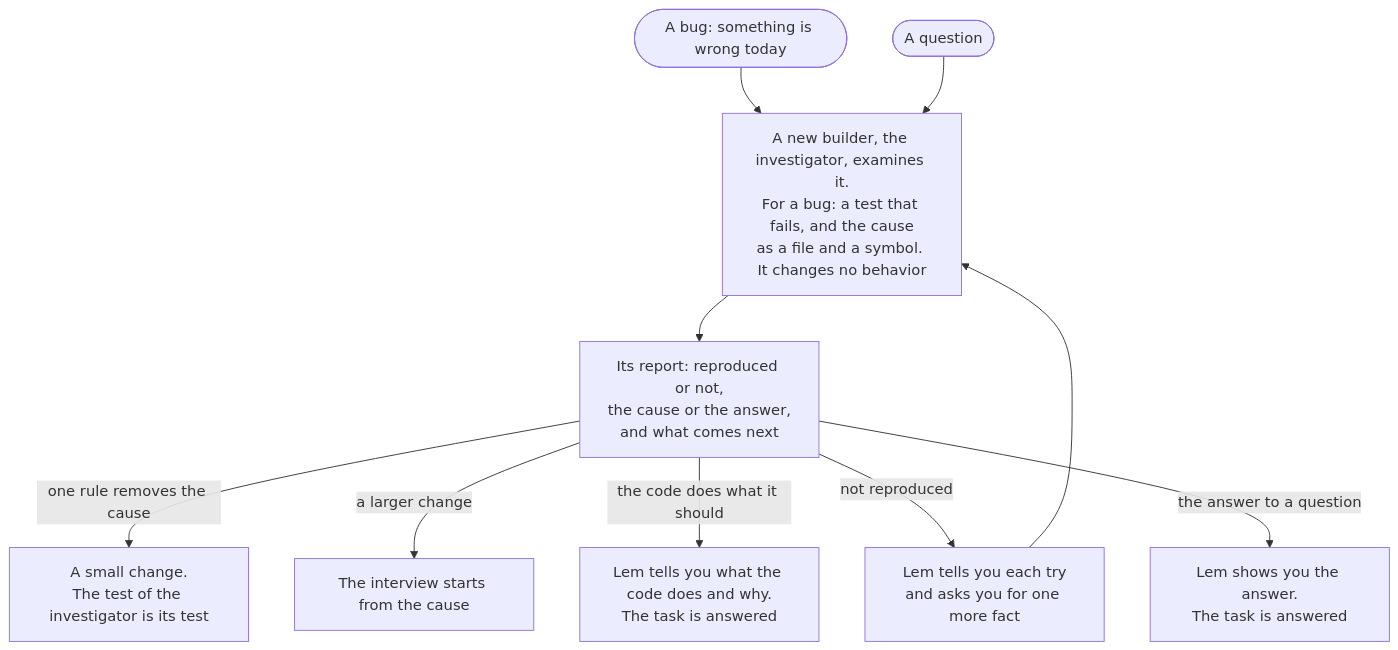
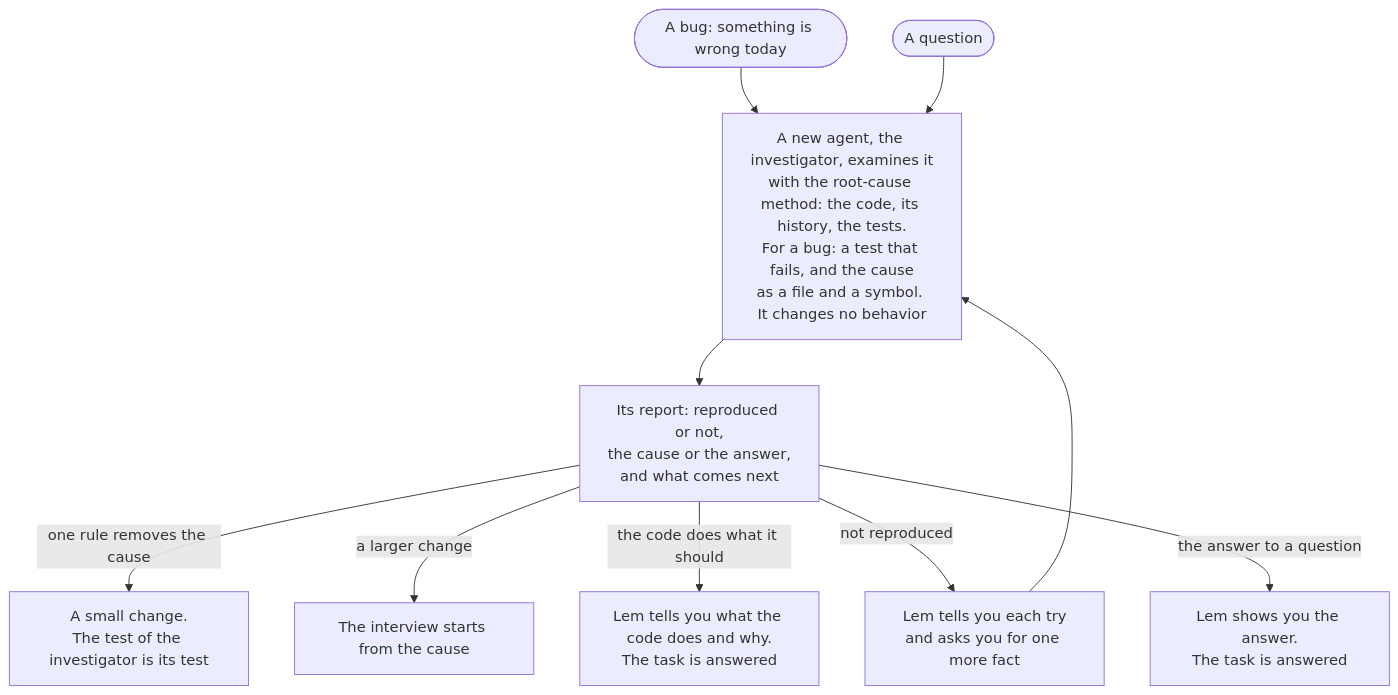
Before and after one commit to pySilver/lem: the second of 2 diagrams in docs/flow.md, drawn with Mermaid. The commit also changed other lines of this file and 2 other files, not shown here.

Commit message:
docs: the diagrams and the words name the investigator and what it uses, not a builder

````diff
--- a/docs/flow.md
+++ b/docs/flow.md
@@ -365,12 +365,12 @@
 ```mermaid
 flowchart TD
-    bug([A bug: something is wrong today]) --> inv[A new builder, the investigator, examines it.<br/>For a bug: a test that fails, and the cause<br/>as a file and a symbol. It changes no behavior]
+    bug([A bug: something is wrong today]) --> inv[A new agent, the investigator, examines it<br/>with the root-cause method: the code, its history, the tests.<br/>For a bug: a test that fails, and the cause<br/>as a file and a symbol. It changes no behavior]
     question([A question]) --> inv
     inv --> report[Its report: reproduced or not,<br/>the cause or the answer,<br/>and what comes next]
     report -- one rule removes the cause --> smallfix[A small change.<br/>The test of the investigator is its test]
     report -- a larger change --> interview[The interview starts from the cause]
     report -- the code does what it should --> nb[Lem tells you what the code does and why.<br/>The task is answered]
     report -- not reproduced --> fact[Lem tells you each try<br/>and asks you for one more fact]
     report -- the answer to a question --> ans[Lem shows you the answer.<br/>The task is answered]
     fact --> inv
 ```
````
